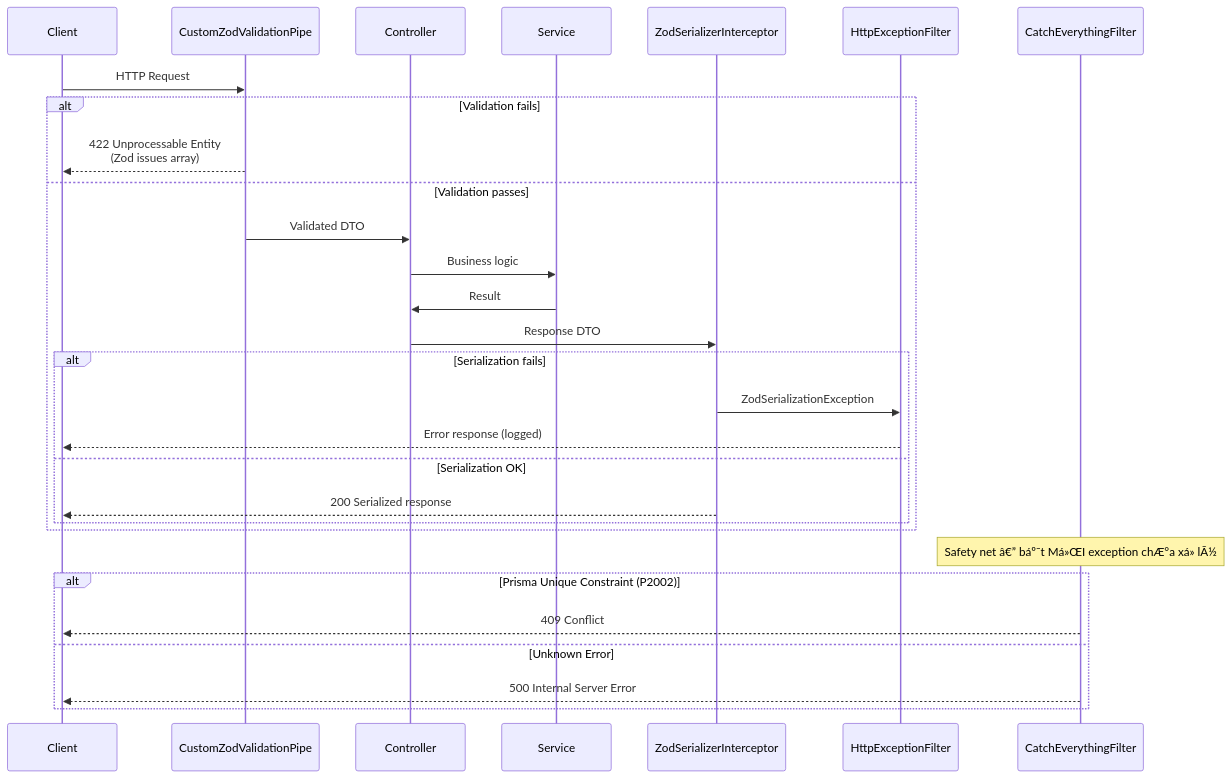
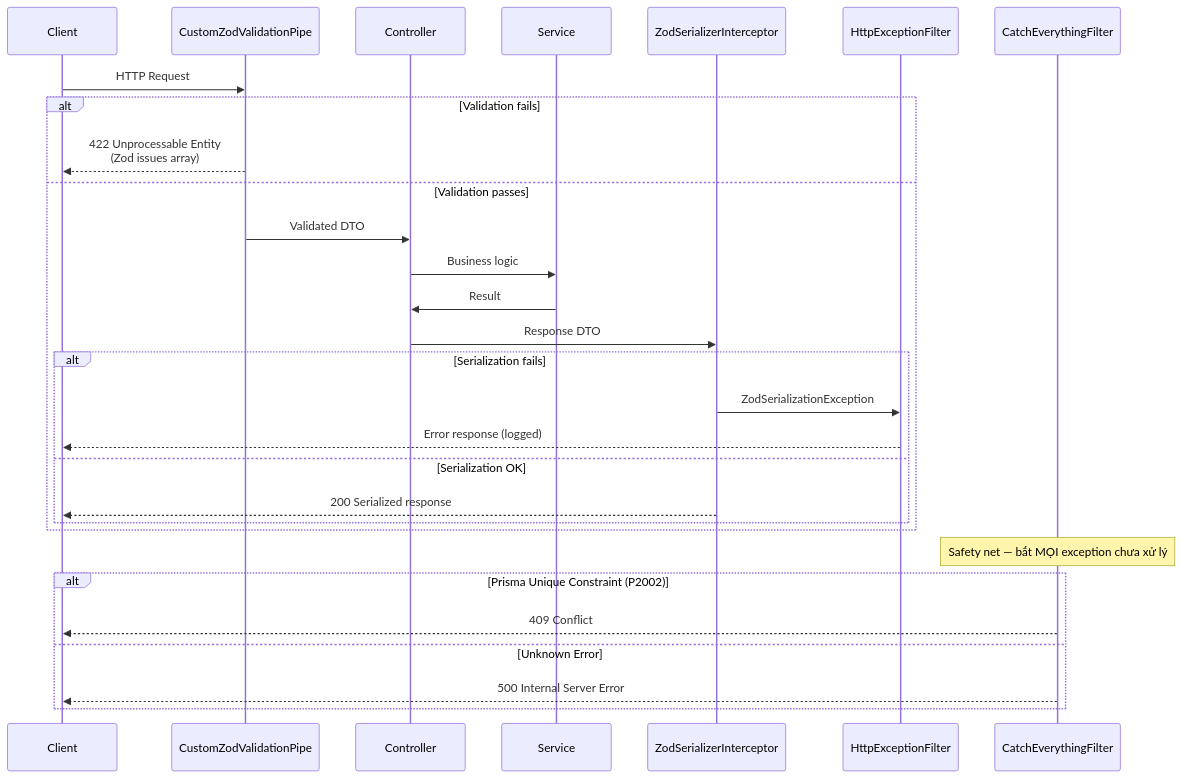
Before and after one commit to WDP301-SU26-GR2/BE-dev: the second of 3 diagrams in ARCHITECTURE.md, drawn with Mermaid. The commit also changed other lines of this file and 30 other files, not shown here.

````diff
--- a/ARCHITECTURE.md
+++ b/ARCHITECTURE.md
@@ -131,36 +131,36 @@
 ```mermaid
 sequenceDiagram
     participant Client
     participant Pipe as CustomZodValidationPipe
     participant Controller
     participant Service
     participant Interceptor as ZodSerializerInterceptor
     participant FilterHTTP as HttpExceptionFilter
     participant FilterAll as CatchEverythingFilter
 
     Client->>Pipe: HTTP Request
     
     alt Validation fails
         Pipe-->>Client: 422 Unprocessable Entity<br/>(Zod issues array)
     else Validation passes
         Pipe->>Controller: Validated DTO
         Controller->>Service: Business logic
         Service->>Controller: Result
         Controller->>Interceptor: Response DTO
         
         alt Serialization fails
             Interceptor->>FilterHTTP: ZodSerializationException
             FilterHTTP-->>Client: Error response (logged)
         else Serialization OK
             Interceptor-->>Client: 200 Serialized response
         end
     end
     
-    Note over FilterAll: Safety net â€” báº¯t Má»ŒI exception chÆ°a xá»­ lÃ½
+    Note over FilterAll: Safety net — bắt MỌI exception chưa xử lý
     
     alt Prisma Unique Constraint (P2002)
         FilterAll-->>Client: 409 Conflict
     else Unknown Error
         FilterAll-->>Client: 500 Internal Server Error
     end
 ```
````
